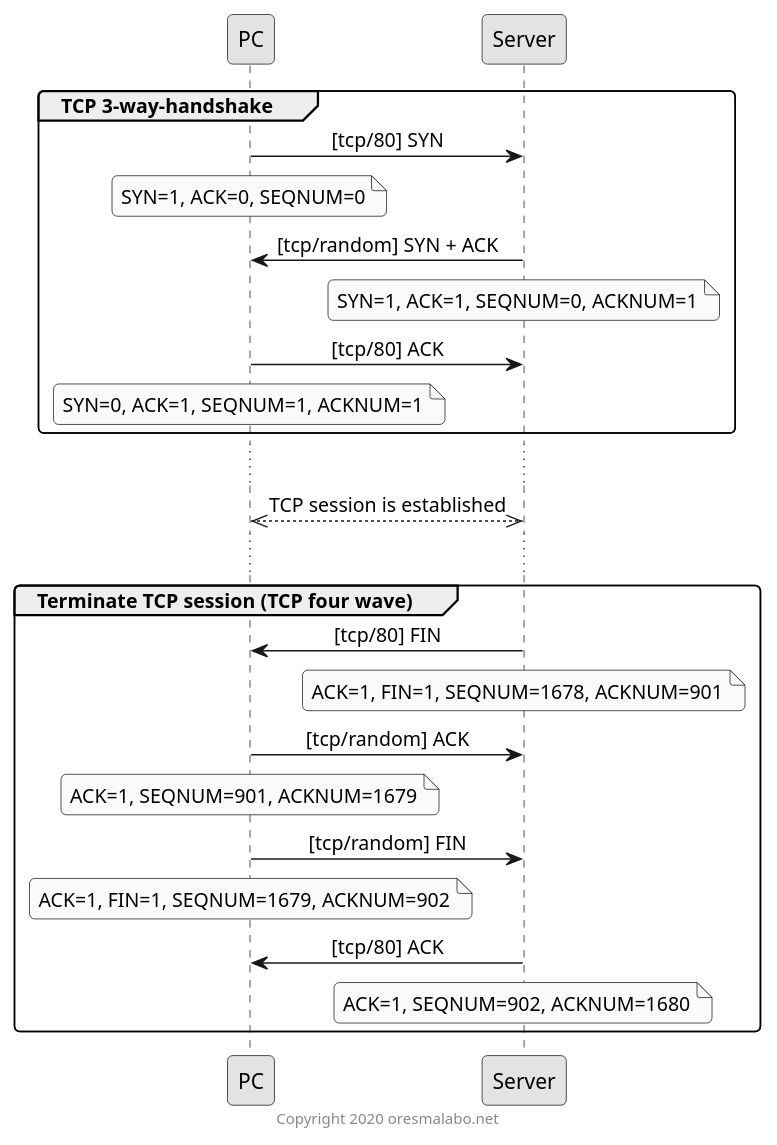
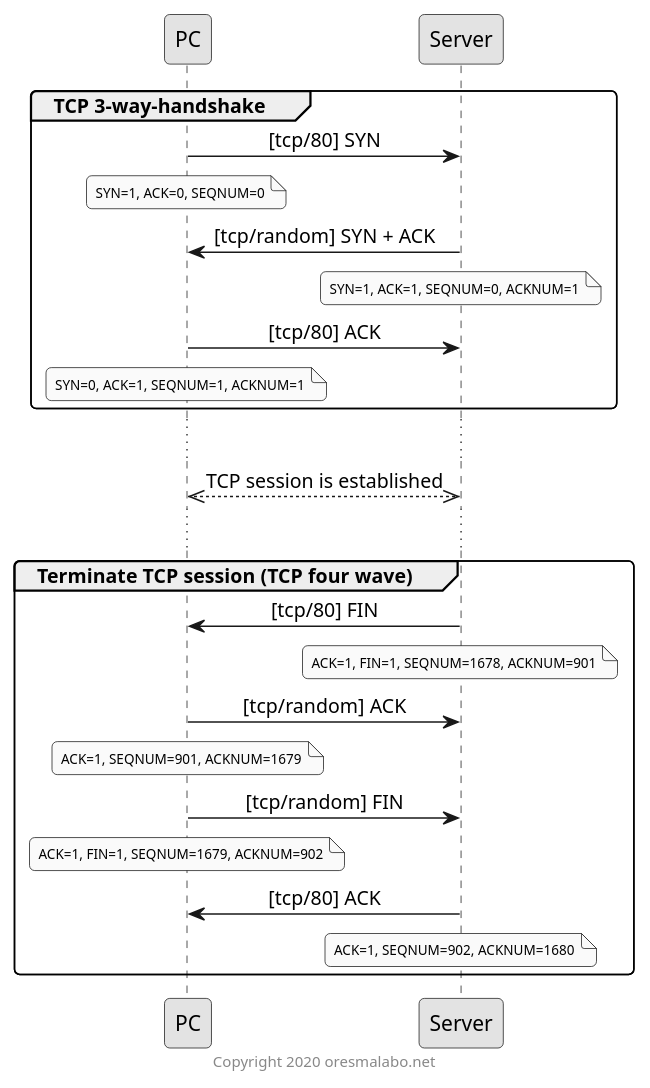
The diagram in templates/tcp-sequence/tcp-sequence.pu (oresama-lab/plant-uml-themes), drawn with PlantUML before and after one commit. The commit also changed 1 other file, not shown here.

```diff
--- a/templates/tcp-sequence/tcp-sequence.pu
+++ b/templates/tcp-sequence/tcp-sequence.pu
@@ -1,40 +1,41 @@
 @startuml
 skinparam defaultFontName メイリオ
 skinparam monochrome true
 skinparam shadowing false
 skinparam RoundCorner 7
 skinparam SequenceGroupBorderThickness 1
 skinparam sequenceMessageAlign center
 skinparam sequenceReferenceAlign left
+skinparam NoteFontSize 9
 
 participant "PC" as pc
 participant "Server" as server
 
 group TCP 3-way-handshake
   pc -> server: [tcp/80] SYN
   note over pc: SYN=1, ACK=0, SEQNUM=0
   server -> pc: [tcp/random] SYN + ACK
   note over server: SYN=1, ACK=1, SEQNUM=0, ACKNUM=1
   pc -> server: [tcp/80] ACK
   note over pc: SYN=0, ACK=1, SEQNUM=1, ACKNUM=1
 end
 
 ...
 pc <<-->> server: TCP session is established
 ...
 
 group Terminate TCP session (TCP four wave)
   server -> pc: [tcp/80] FIN
   note over server
     ACK=1, FIN=1, SEQNUM=1678, ACKNUM=901
   end note
   pc -> server: [tcp/random] ACK
   note over pc: ACK=1, SEQNUM=901, ACKNUM=1679
   pc -> server: [tcp/random] FIN
   note over pc: ACK=1, FIN=1, SEQNUM=1679, ACKNUM=902
   server -> pc: [tcp/80] ACK
   note over server: ACK=1, SEQNUM=902, ACKNUM=1680
 end
 
 footer Copyright 2020 oresmalabo.net
 @enduml
```
